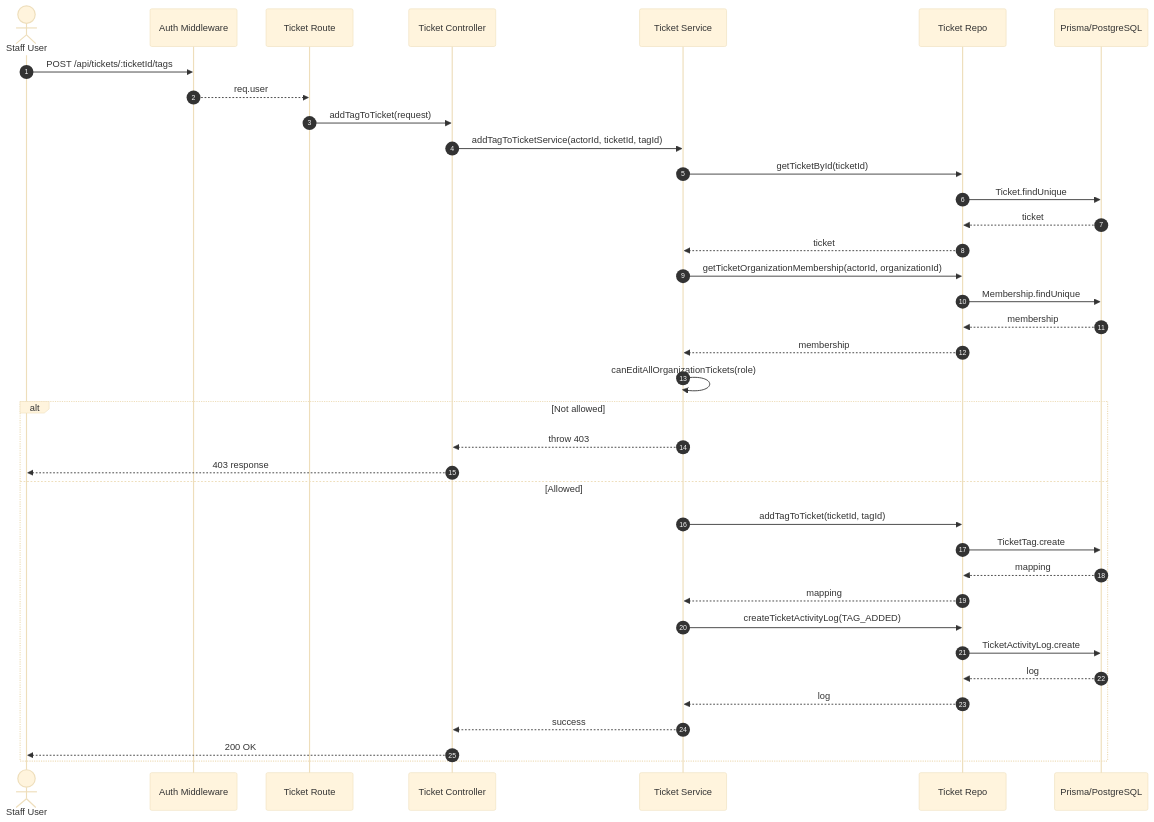
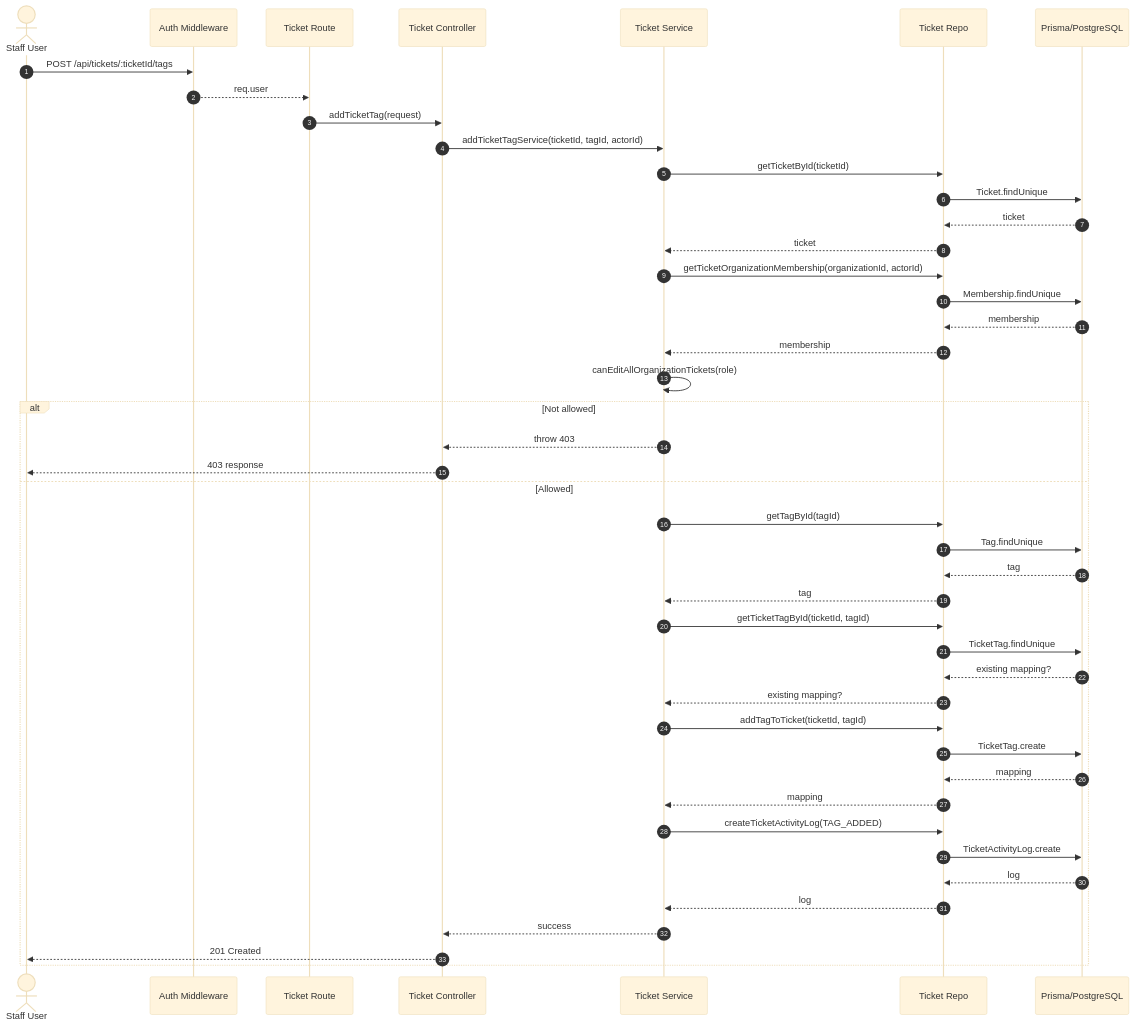
One commit to hardik-agarwal18/HelpForge changed the diagram in docs/uml/18-sequence-ticket-tagging.mmd. Above: the diagram before and after it, drawn with Mermaid (base theme). The commit also changed 8 other files, not shown here.

Commit message:
feat(uml): update UML diagrams for ticket and agent management with improved naming and logic

```diff
--- a/docs/uml/18-sequence-ticket-tagging.mmd
+++ b/docs/uml/18-sequence-ticket-tagging.mmd
@@ -1,41 +1,51 @@
 sequenceDiagram
   autonumber
   actor SUser as Staff User
   participant Auth as Auth Middleware
   participant R as Ticket Route
   participant C as Ticket Controller
   participant S as Ticket Service
   participant Repo as Ticket Repo
   participant DB as Prisma/PostgreSQL
 
   SUser->>Auth: POST /api/tickets/:ticketId/tags
   Auth-->>R: req.user
-  R->>C: addTagToTicket(request)
-  C->>S: addTagToTicketService(actorId, ticketId, tagId)
+  R->>C: addTicketTag(request)
+  C->>S: addTicketTagService(ticketId, tagId, actorId)
 
   S->>Repo: getTicketById(ticketId)
   Repo->>DB: Ticket.findUnique
   DB-->>Repo: ticket
   Repo-->>S: ticket
 
-  S->>Repo: getTicketOrganizationMembership(actorId, organizationId)
+  S->>Repo: getTicketOrganizationMembership(organizationId, actorId)
   Repo->>DB: Membership.findUnique
   DB-->>Repo: membership
   Repo-->>S: membership
 
   S->>S: canEditAllOrganizationTickets(role)
   alt Not allowed
     S-->>C: throw 403
     C-->>SUser: 403 response
   else Allowed
+    S->>Repo: getTagById(tagId)
+    Repo->>DB: Tag.findUnique
+    DB-->>Repo: tag
+    Repo-->>S: tag
+
+    S->>Repo: getTicketTagById(ticketId, tagId)
+    Repo->>DB: TicketTag.findUnique
+    DB-->>Repo: existing mapping?
+    Repo-->>S: existing mapping?
+
     S->>Repo: addTagToTicket(ticketId, tagId)
     Repo->>DB: TicketTag.create
     DB-->>Repo: mapping
     Repo-->>S: mapping
     S->>Repo: createTicketActivityLog(TAG_ADDED)
     Repo->>DB: TicketActivityLog.create
     DB-->>Repo: log
     Repo-->>S: log
     S-->>C: success
-    C-->>SUser: 200 OK
+    C-->>SUser: 201 Created
   end
```
